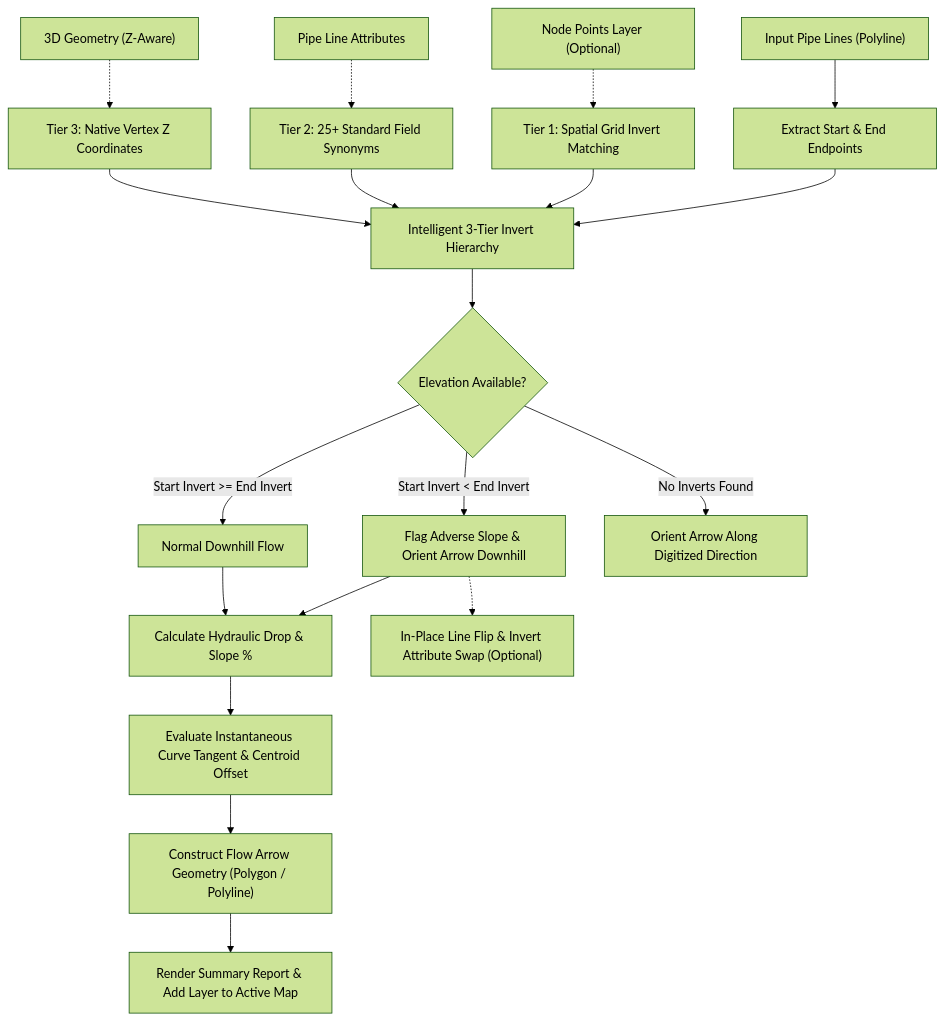
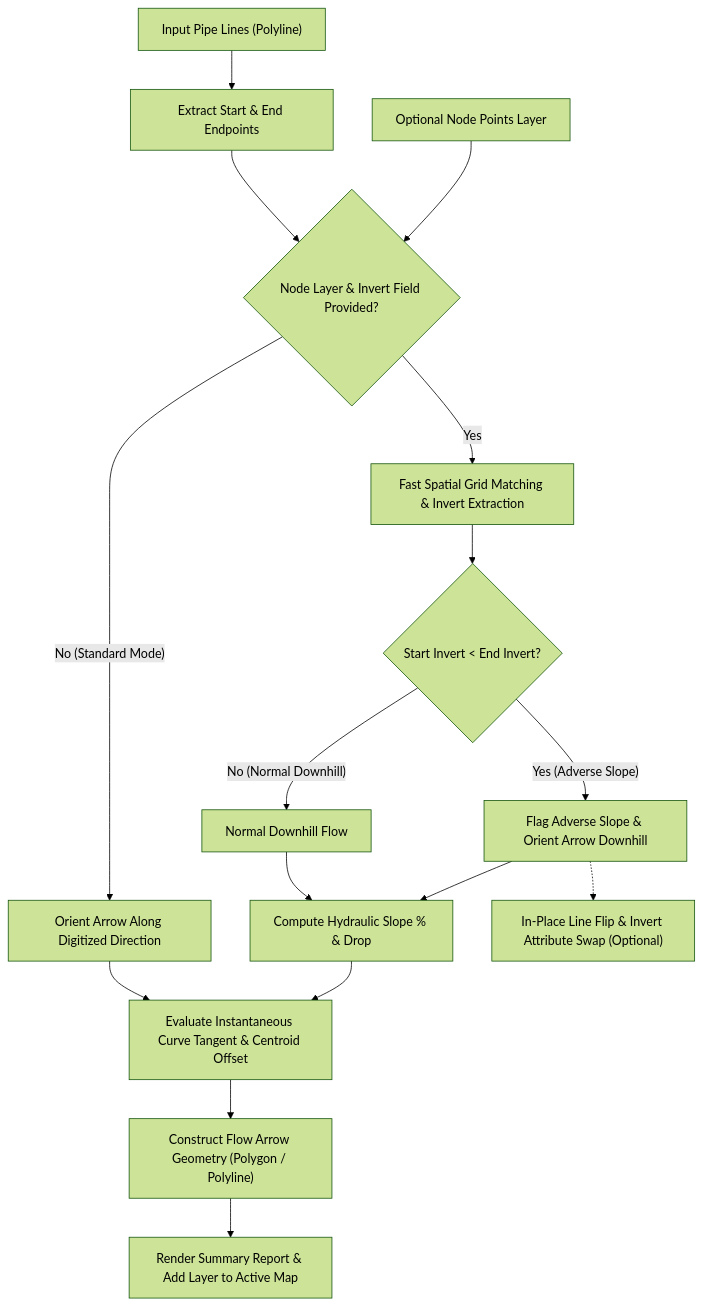
The diagram in README.md (ahmadibrahim4geo/Create-FlowArrow-Tool), drawn with Mermaid (forest theme) before and after one commit. The commit also changed other lines of this file and 3 other files, not shown here.

Commit message:
feat: bind slope percentage and invert calculations strictly to optional node points and invert field input

````diff
--- a/README.md
+++ b/README.md
@@ -95,21 +91,18 @@
 ```mermaid
 flowchart TD
     A["Input Pipe Lines (Polyline)"] --> B["Extract Start & End Endpoints"]
-    NP["Node Points Layer (Optional)"] -.-> C1["Tier 1: Spatial Grid Invert Matching"]
-    LA["Pipe Line Attributes"] -.-> C2["Tier 2: 25+ Standard Field Synonyms"]
-    ZG["3D Geometry (Z-Aware)"] -.-> C3["Tier 3: Native Vertex Z Coordinates"]
-    B --> C["Intelligent 3-Tier Invert Hierarchy"]
-    C1 --> C
-    C2 --> C
-    C3 --> C
-    C --> D{"Elevation Available?"}
-    D -- "Start Invert < End Invert" --> E["Flag Adverse Slope & Orient Arrow Downhill"]
-    D -- "Start Invert >= End Invert" --> F["Normal Downhill Flow"]
-    D -- "No Inverts Found" --> G["Orient Arrow Along Digitized Direction"]
-    E --> H["Calculate Hydraulic Drop & Slope %"]
-    F --> H
-    H --> I["Evaluate Instantaneous Curve Tangent & Centroid Offset"]
-    I --> J["Construct Flow Arrow Geometry (Polygon / Polyline)"]
-    E -.-> K["In-Place Line Flip & Invert Attribute Swap (Optional)"]
-    J --> L["Render Summary Report & Add Layer to Active Map"]
+    NP["Optional Node Points Layer"] --> C{"Node Layer & Invert Field Provided?"}
+    B --> C
+    C -- "Yes" --> D["Fast Spatial Grid Matching & Invert Extraction"]
+    D --> E{"Start Invert < End Invert?"}
+    E -- "Yes (Adverse Slope)" --> F["Flag Adverse Slope & Orient Arrow Downhill"]
+    E -- "No (Normal Downhill)" --> G["Normal Downhill Flow"]
+    F --> H["Compute Hydraulic Slope % & Drop"]
+    G --> H
+    C -- "No (Standard Mode)" --> I["Orient Arrow Along Digitized Direction"]
+    H --> J["Evaluate Instantaneous Curve Tangent & Centroid Offset"]
+    I --> J
+    J --> K["Construct Flow Arrow Geometry (Polygon / Polyline)"]
+    F -.-> L["In-Place Line Flip & Invert Attribute Swap (Optional)"]
+    K --> M["Render Summary Report & Add Layer to Active Map"]
 ```
````
